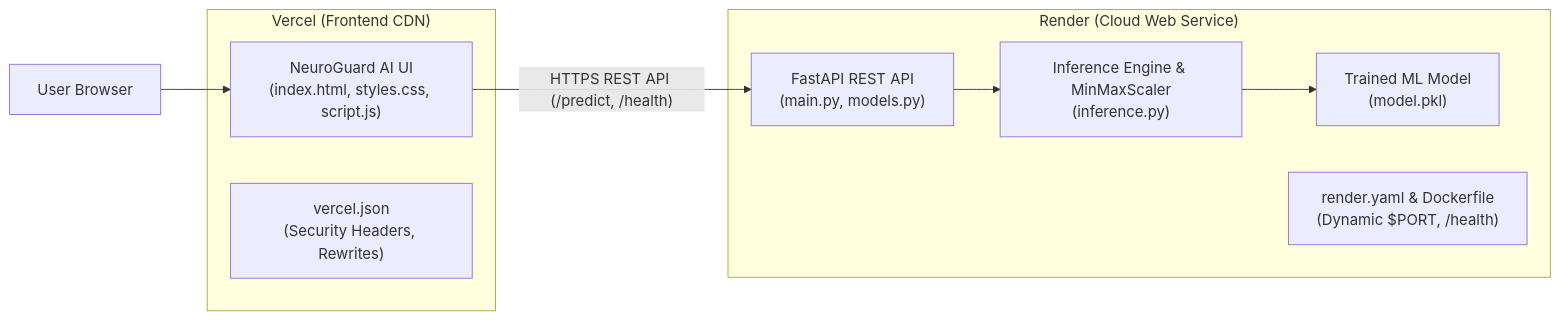
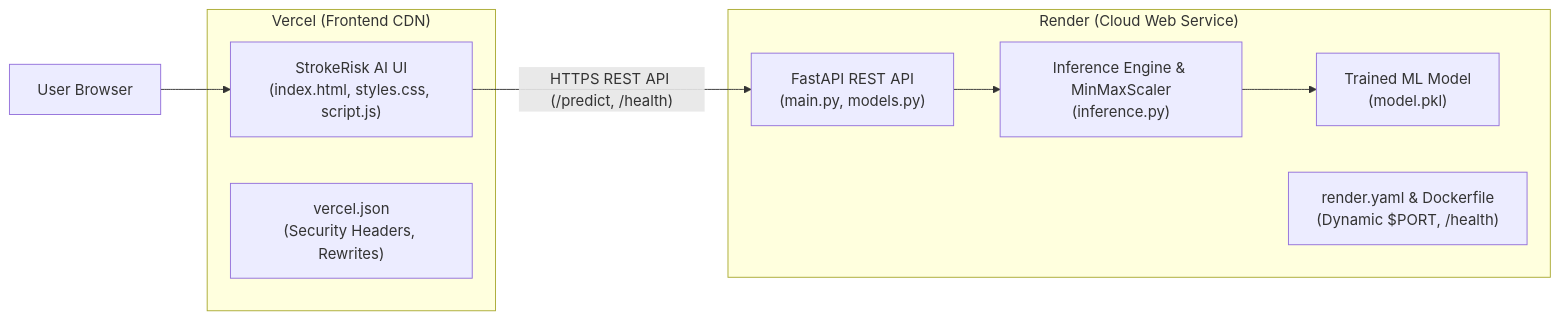
One commit to SatyaTejaChukka/stroke-prediction changed the diagram in README.md. Above: the diagram before and after it, drawn with Mermaid. The commit also changed other lines of this file and 6 other files, not shown here.

````diff
--- a/README.md
+++ b/README.md
@@ -29,19 +29,19 @@
 ```mermaid
 flowchart LR
     subgraph Vercel["Vercel (Frontend CDN)"]
-        UI["NeuroGuard AI UI\n(index.html, styles.css, script.js)"]
+        UI["StrokeRisk AI UI\n(index.html, styles.css, script.js)"]
         VercelConfig["vercel.json\n(Security Headers, Rewrites)"]
     end
 
     subgraph Render["Render (Cloud Web Service)"]
         API["FastAPI REST API\n(main.py, models.py)"]
         Inference["Inference Engine & MinMaxScaler\n(inference.py)"]
         Model["Trained ML Model\n(model.pkl)"]
         RenderBlueprint["render.yaml & Dockerfile\n(Dynamic $PORT, /health)"]
     end
 
     Browser["User Browser"] --> UI
     UI -->|"HTTPS REST API (/predict, /health)"| API
     API --> Inference
     Inference --> Model
 ```
````
